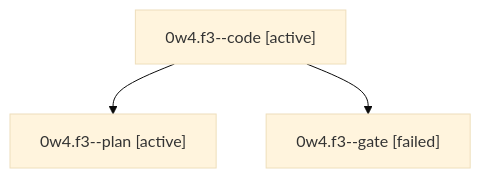
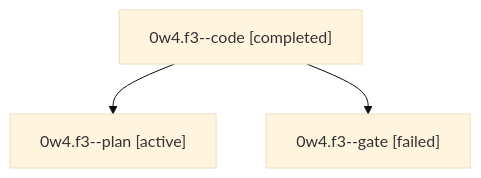
The diagram in sessions/bbugyi200.athena.0w4.f3.md (bobs-org/bob-cli--agents), drawn with Mermaid (base theme) before and after one commit. The commit also changed other lines of this file and 49 other files, not shown here.

````diff
--- a/sessions/bbugyi200.athena.0w4.f3.md
+++ b/sessions/bbugyi200.athena.0w4.f3.md
@@ -9,8 +9,8 @@
 ```mermaid
 flowchart TD
-  n0["0w4.f3--code [active]"]
+  n0["0w4.f3--code [completed]"]
   n1["0w4.f3--plan [active]"]
   n0 --> n1
   n2["0w4.f3--gate [failed]"]
   n0 --> n2
 ```
````
